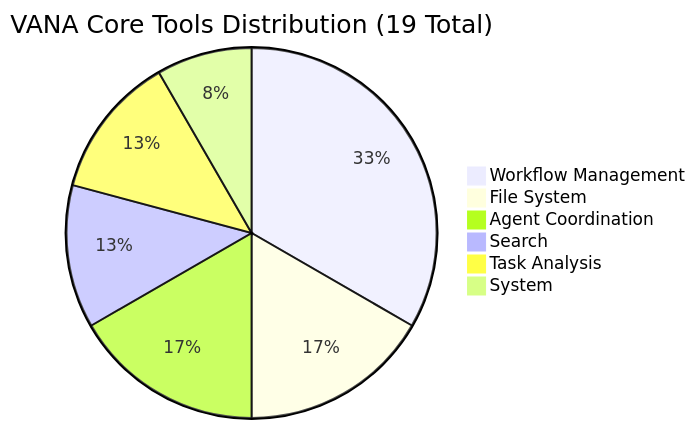
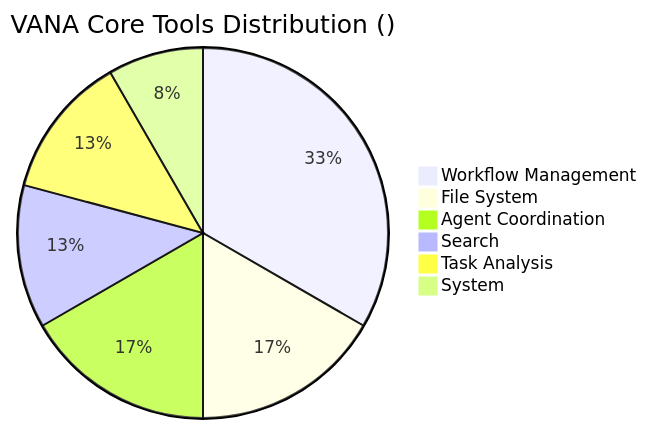
One commit to NickB03/vana changed the second of 7 diagrams in docs/assets/diagrams/tool-organization.md. Above: the diagram before and after it, drawn with Mermaid. The commit also changed other lines of this file and 18 other files, not shown here.

````diff
--- a/docs/assets/diagrams/tool-organization.md
+++ b/docs/assets/diagrams/tool-organization.md
@@ -44,9 +44,9 @@
 ```mermaid
-pie title VANA Core Tools Distribution (19 Total)
+pie title VANA Core Tools Distribution ()
     "Workflow Management" : 8
     "File System" : 4
     "Agent Coordination" : 4
     "Search" : 3
     "Task Analysis" : 3
     "System" : 2
 ```
````
